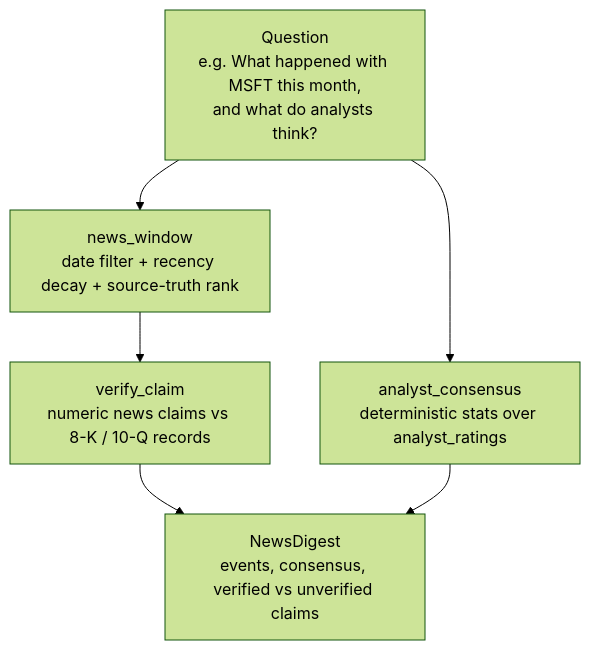
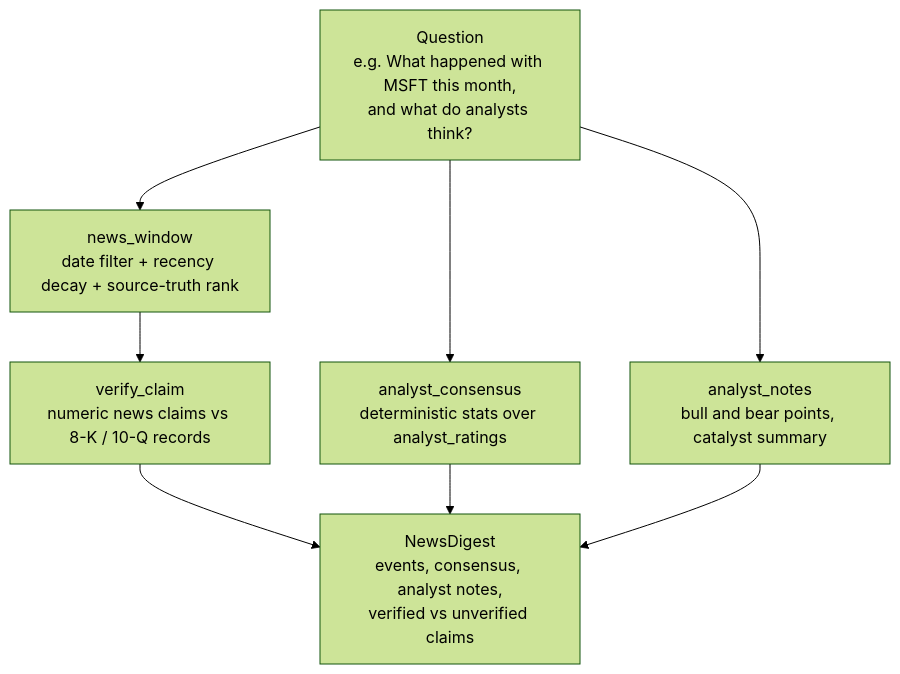
Before and after one commit to chazyman/financial-agent-capstone: the first of 2 diagrams in docs/DESIGN.md, drawn with Mermaid (forest theme). The commit also changed other lines of this file and 4 other files, not shown here.

````diff
--- a/docs/DESIGN.md
+++ b/docs/DESIGN.md
@@ -329,10 +375,12 @@
 ```mermaid
 flowchart TB
     Q["Question<br/>e.g. What happened with MSFT this month,<br/>and what do analysts think?"]
     W["news_window<br/>date filter + recency decay + source-truth rank"]
     C["analyst_consensus<br/>deterministic stats over analyst_ratings"]
+    N["analyst_notes<br/>bull and bear points, catalyst summary"]
     V["verify_claim<br/>numeric news claims vs 8-K / 10-Q records"]
-    D["NewsDigest<br/>events, consensus, verified vs unverified claims"]
+    D["NewsDigest<br/>events, consensus, analyst notes,<br/>verified vs unverified claims"]
     Q --> W --> V --> D
     Q --> C --> D
+    Q --> N --> D
 ```
````
